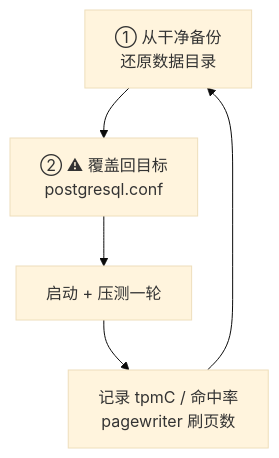
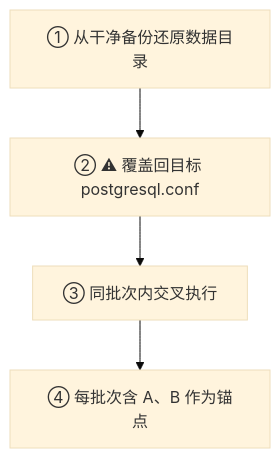
The third of 6 diagrams in slides.md (zhaolin191544/csgo), drawn with Mermaid (base theme) before and after one commit. The commit also changed other lines of this file and 7 other files, not shown here.

````diff
--- a/slides.md
+++ b/slides.md
@@ -417,7 +267,6 @@
-```mermaid {scale: 0.62}
+```mermaid {scale: 0.5}
 flowchart TB
-    S["① 从干净备份<br/>还原数据目录"] --> K["② ⚠ 覆盖回目标<br/>postgresql.conf"]
-    K --> R["启动 + 压测一轮"]
-    R --> M["记录 tpmC / 命中率<br/>pagewriter 刷页数"]
-    M --> S
+    S["① 从干净备份还原数据目录"] --> K["② ⚠ 覆盖回目标 postgresql.conf"]
+    K --> R["③ 同批次内交叉执行"]
+    R --> M["④ 每批次含 A、B 作为锚点"]
 ```
````
